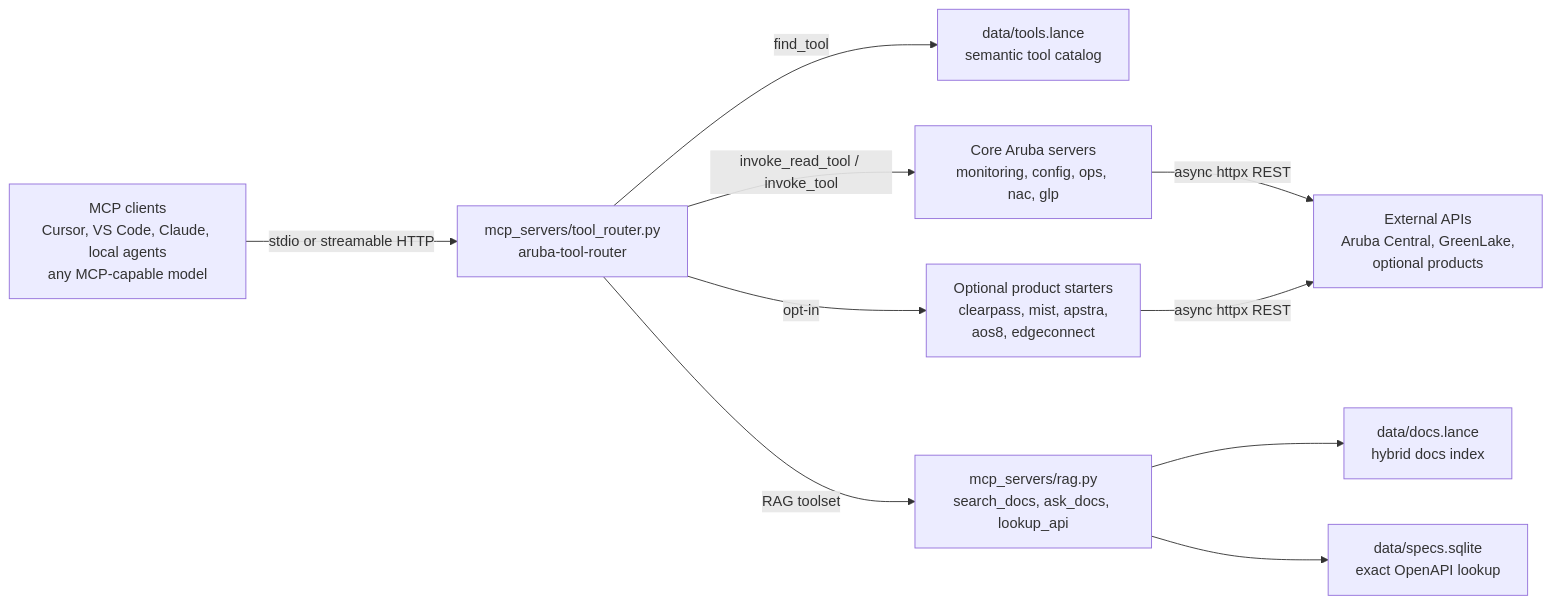
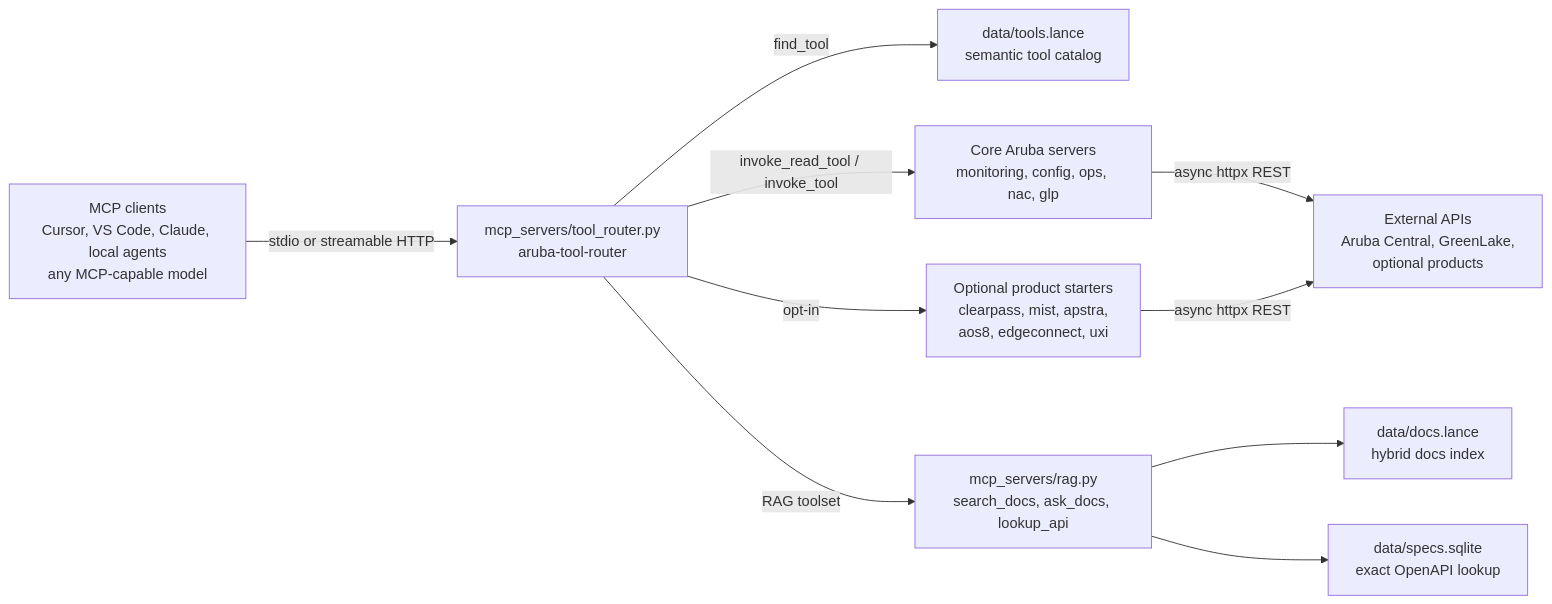
The first of 3 diagrams in docs/architecture/system-overview.md (secure-ssid/centralmcp), drawn with Mermaid before and after one commit. The commit also changed other lines of this file and 25 other files, not shown here.

First line of the commit message:
Add UXI optional backend

````diff
--- a/docs/architecture/system-overview.md
+++ b/docs/architecture/system-overview.md
@@ -7,22 +7,22 @@
 ```mermaid
 flowchart LR
     client["MCP clients<br/>Cursor, VS Code, Claude, local agents<br/>any MCP-capable model"]
     router["mcp_servers/tool_router.py<br/>aruba-tool-router"]
     catalog["data/tools.lance<br/>semantic tool catalog"]
     rag["mcp_servers/rag.py<br/>search_docs, ask_docs, lookup_api"]
     docs["data/docs.lance<br/>hybrid docs index"]
     specs["data/specs.sqlite<br/>exact OpenAPI lookup"]
     core["Core Aruba servers<br/>monitoring, config, ops, nac, glp"]
-    optional["Optional product starters<br/>clearpass, mist, apstra,<br/>aos8, edgeconnect"]
+    optional["Optional product starters<br/>clearpass, mist, apstra,<br/>aos8, edgeconnect, uxi"]
     apis["External APIs<br/>Aruba Central, GreenLake,<br/>optional products"]
 
     client -->|"stdio or streamable HTTP"| router
     router -->|"find_tool"| catalog
     router -->|"invoke_read_tool / invoke_tool"| core
     router -->|"opt-in"| optional
     router -->|"RAG toolset"| rag
     rag --> docs
     rag --> specs
     core -->|"async httpx REST"| apis
     optional -->|"async httpx REST"| apis
 ```
````
